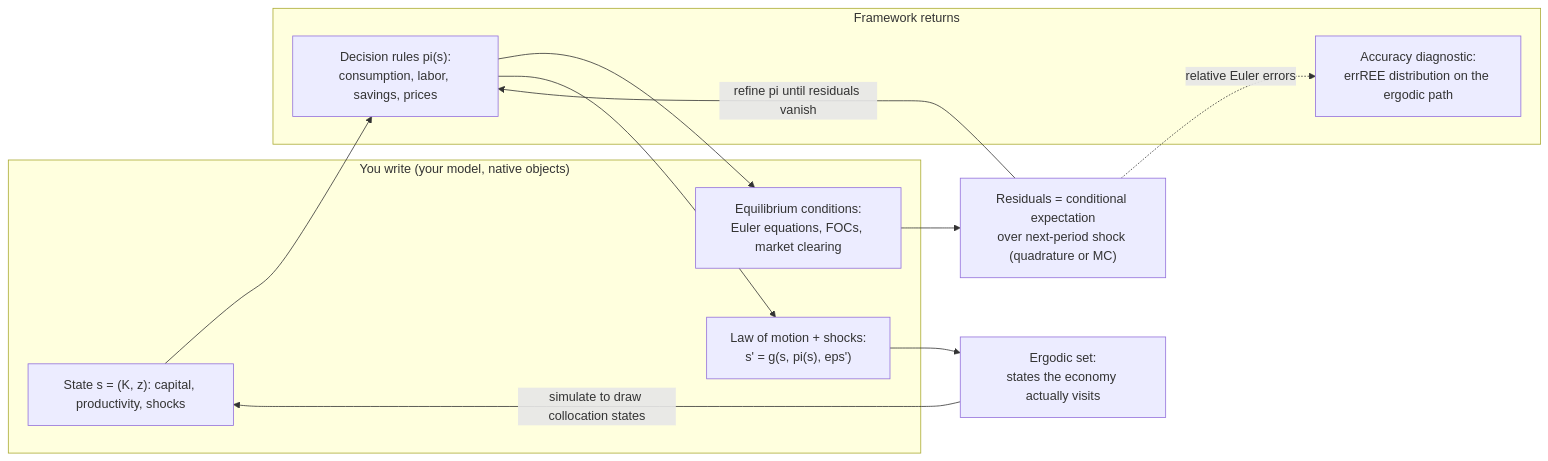
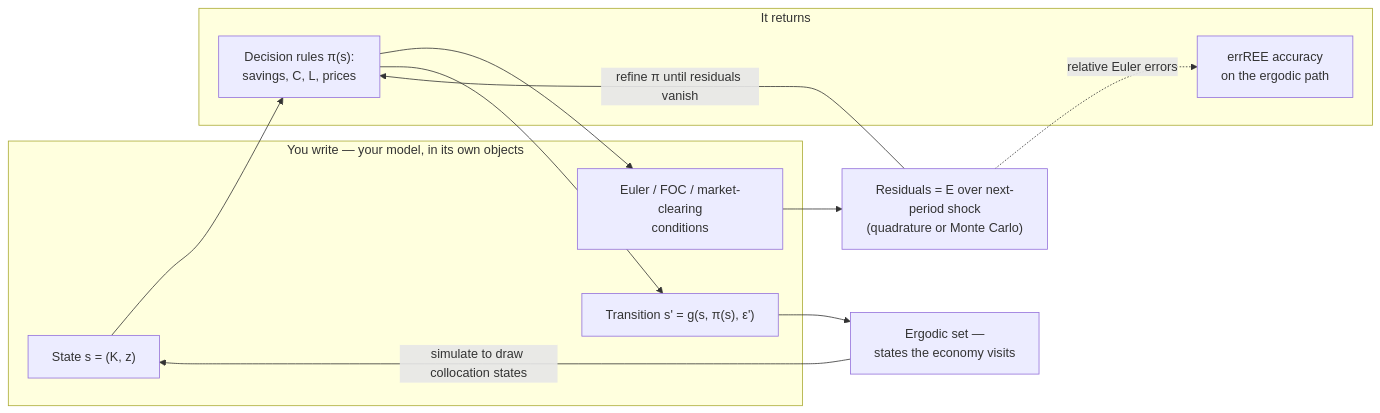
One commit to deqn-jax/deqn-jax changed the first of 2 diagrams in docs/site/index.md. Above: the diagram before and after it, drawn with Mermaid. The commit also changed other lines of this file and 21 other files, not shown here.

````diff
--- a/docs/site/index.md
+++ b/docs/site/index.md
@@ -7,20 +17,20 @@
 ```mermaid
 flowchart LR
-    subgraph WRITE["You write (your model, native objects)"]
-        S["State s = (K, z): capital, productivity, shocks"]
-        EQ["Equilibrium conditions:<br/>Euler equations, FOCs, market clearing"]
-        TR["Law of motion + shocks:<br/>s' = g(s, pi(s), eps')"]
+    subgraph WRITE["You write — your model, in its own objects"]
+        S["State s = (K, z)"]
+        EQ["Euler / FOC / market-clearing<br/>conditions"]
+        TR["Transition s' = g(s, &pi;(s), &epsilon;')"]
     end
-    subgraph RET["Framework returns"]
-        PI["Decision rules pi(s):<br/>consumption, labor, savings, prices"]
-        ACC["Accuracy diagnostic:<br/>errREE distribution on the ergodic path"]
+    subgraph RET["It returns"]
+        PI["Decision rules &pi;(s):<br/>savings, C, L, prices"]
+        ACC["errREE accuracy<br/>on the ergodic path"]
     end
     S --> PI
     PI --> EQ
-    EQ --> RES["Residuals = conditional expectation<br/>over next-period shock (quadrature or MC)"]
-    RES -->|refine pi until residuals vanish| PI
+    EQ --> RES["Residuals = E over next-period shock<br/>(quadrature or Monte Carlo)"]
+    RES -->|refine &pi; until residuals vanish| PI
     PI --> TR
-    TR --> ERG["Ergodic set:<br/>states the economy actually visits"]
+    TR --> ERG["Ergodic set —<br/>states the economy visits"]
     ERG -->|simulate to draw collocation states| S
     RES -.->|relative Euler errors| ACC
 ```
````
